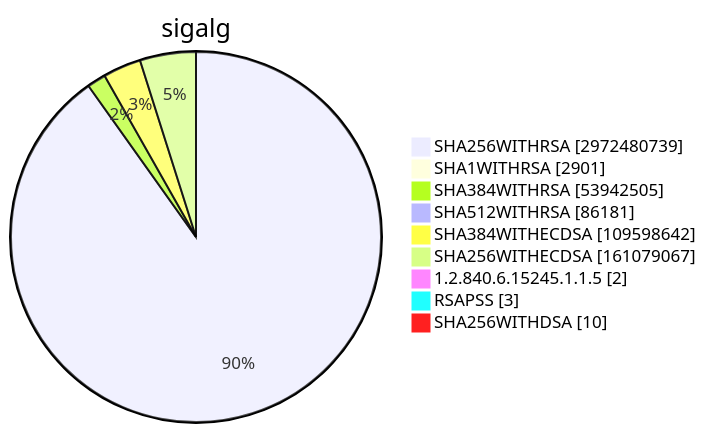
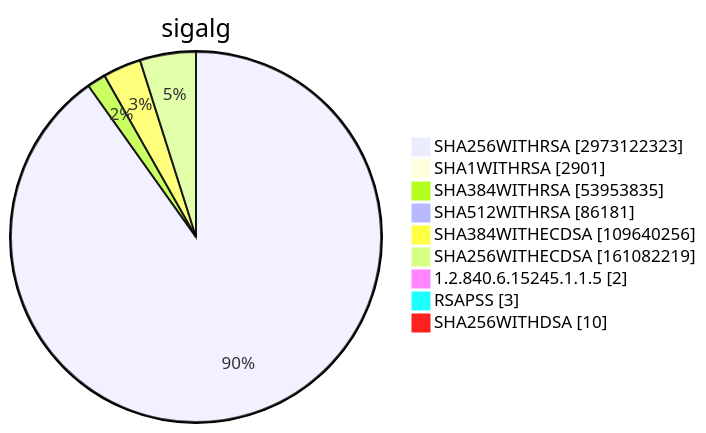
Before and after one commit to christiankrug/ctmonitor_visualization: diagram 15 of 15 in TOTAL/README.md, drawn with Mermaid. The commit also changed other lines of this file, not shown here.

````diff
--- a/TOTAL/README.md
+++ b/TOTAL/README.md
@@ -6208,13 +6208,13 @@
 ```mermaid
 pie showData
 title sigalg
-"SHA256WITHRSA" :2972480739
+"SHA256WITHRSA" :2973122323
 "SHA1WITHRSA" :2901
-"SHA384WITHRSA" :53942505
+"SHA384WITHRSA" :53953835
 "SHA512WITHRSA" :86181
-"SHA384WITHECDSA" :109598642
-"SHA256WITHECDSA" :161079067
+"SHA384WITHECDSA" :109640256
+"SHA256WITHECDSA" :161082219
 "1.2.840.6.15245.1.1.5" :2
 "RSAPSS" :3
 "SHA256WITHDSA" :10
 ```
````
